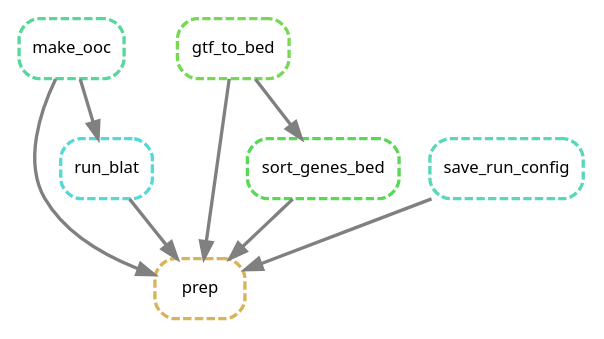
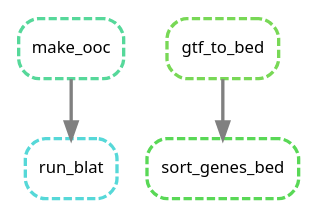
One commit to xguse/gmm-to-gff-transcripts-vs-snps changed the diagram in dag.prep.dot. Above: the diagram before and after it, drawn with Graphviz. The commit also changed 1 other file, not shown here.

```diff
--- a/dag.prep.dot
+++ b/dag.prep.dot
@@ -1,18 +1,18 @@
 digraph snakemake_dag {
     graph[bgcolor=white, margin=0];
     node[shape=box, style=rounded, fontname=sans,                 fontsize=10, penwidth=2];
     edge[penwidth=2, color=grey];
 	0[label = "make_ooc", color = "0.42 0.6 0.85", style="rounded,dashed"];
 	1[label = "gtf_to_bed", color = "0.29 0.6 0.85", style="rounded,dashed"];
-	2[label = "prep", color = "0.12 0.6 0.85", style="rounded,dashed"];
+	/*2[label = "prep", color = "0.12 0.6 0.85", style="rounded,dashed"];*/
 	3[label = "run_blat", color = "0.50 0.6 0.85", style="rounded,dashed"];
-	4[label = "save_run_config", color = "0.46 0.6 0.85", style="rounded,dashed"];
+	/*4[label = "save_run_config", color = "0.46 0.6 0.85", style="rounded,dashed"];*/
 	5[label = "sort_genes_bed", color = "0.33 0.6 0.85", style="rounded,dashed"];
-	0 -> 2
+	/*0 -> 2
 	3 -> 2
 	1 -> 2
 	4 -> 2
-	5 -> 2
+	5 -> 2*/
 	0 -> 3
 	1 -> 5
-}            
+}
```
